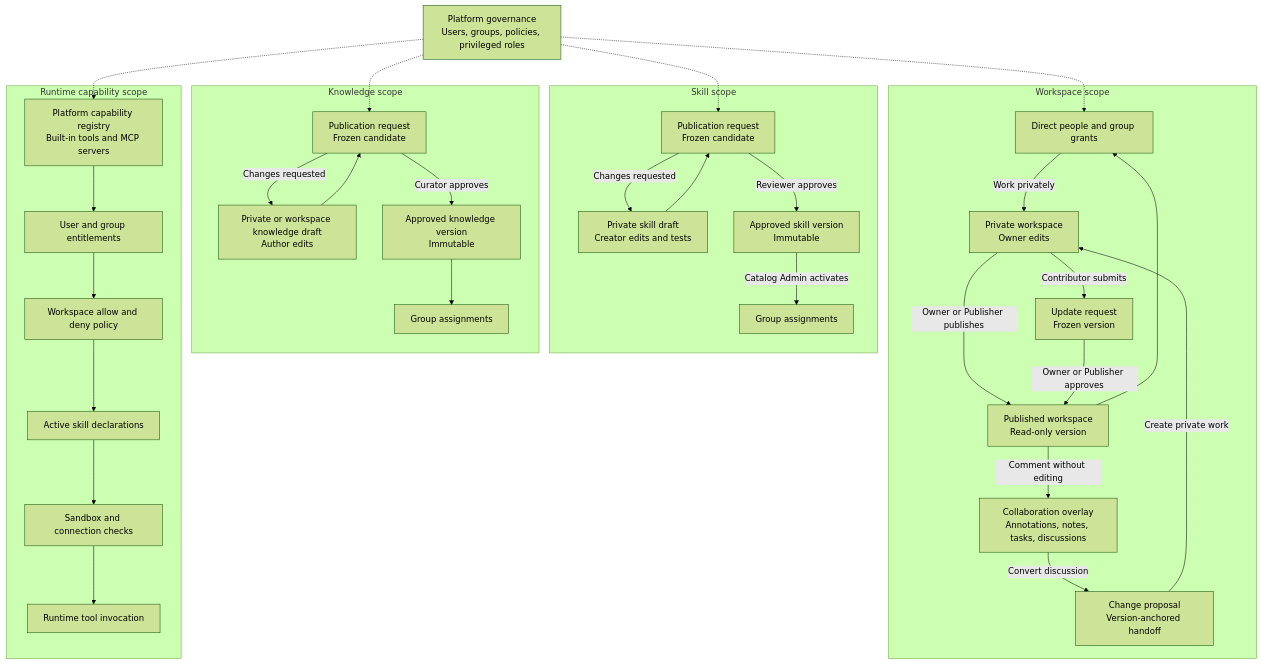
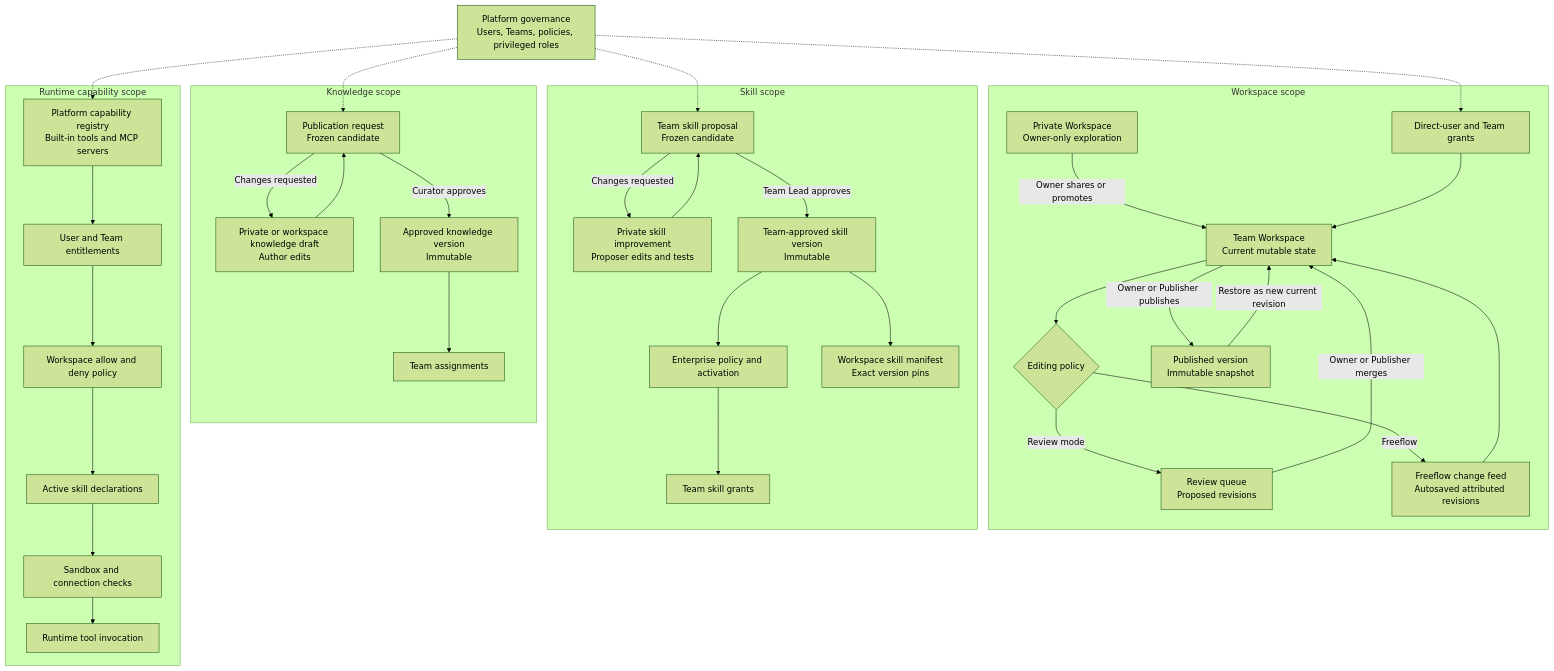
Before and after one commit to plc1220/HelpUDoc: the first of 6 diagrams in docs/unified-governance-and-role-model-spec.md, drawn with Mermaid (forest theme). The commit also changed other lines of this file and 9 other files, not shown here.

Commit message:
feat(governance): align team permissions and workspace flows

````diff
--- a/docs/unified-governance-and-role-model-spec.md
+++ b/docs/unified-governance-and-role-model-spec.md
@@ -150,66 +174,72 @@
 ```mermaid
 flowchart TB
-    PA["Platform governance<br/>Users, groups, policies, privileged roles"]
+    PA["Platform governance<br/>Users, Teams, policies, privileged roles"]
 
     subgraph W["Workspace scope"]
-        WD["Private workspace<br/>Owner edits"]
-        WR["Update request<br/>Frozen version"]
-        WP["Published workspace<br/>Read-only version"]
-        WC["Collaboration overlay<br/>Annotations, notes, tasks, discussions"]
-        CP["Change proposal<br/>Version-anchored handoff"]
-        WG["Direct people and group grants"]
+        PW["Private Workspace<br/>Owner-only exploration"]
+        TW["Team Workspace<br/>Current mutable state"]
+        EP{"Editing policy"}
+        RQ["Review queue<br/>Proposed revisions"]
+        CF["Freeflow change feed<br/>Autosaved attributed revisions"]
+        PV["Published version<br/>Immutable snapshot"]
+        WA["Direct-user and Team grants"]
 
-        WD -->|"Owner or Publisher publishes"| WP
-        WD -->|"Contributor submits"| WR
-        WR -->|"Owner or Publisher approves"| WP
-        WP -->|"Comment without editing"| WC
-        WC -->|"Convert discussion"| CP
-        CP -->|"Create private work"| WD
-        WP --> WG
-        WG -->|"Work privately"| WD
+        PW -->|"Owner shares or promotes"| TW
+        TW --> EP
+        EP -->|"Review mode"| RQ
+        RQ -->|"Owner or Publisher merges"| TW
+        EP -->|"Freeflow"| CF
+        CF --> TW
+        TW -->|"Owner or Publisher publishes"| PV
+        PV -->|"Restore as new current revision"| TW
+        WA --> TW
     end
 
     subgraph S["Skill scope"]
-        SD["Private skill draft<br/>Creator edits and tests"]
-        SR["Publication request<br/>Frozen candidate"]
-        SV["Approved skill version<br/>Immutable"]
-        SG["Group assignments"]
+        SD["Private skill improvement<br/>Proposer edits and tests"]
+        SR["Team skill proposal<br/>Frozen candidate"]
+        SV["Team-approved skill version<br/>Immutable"]
+        EA["Enterprise policy and activation"]
+        ST["Team skill grants"]
+        WM["Workspace skill manifest<br/>Exact version pins"]
 
         SD --> SR
-        SR -->|"Reviewer approves"| SV
+        SR -->|"Team Lead approves"| SV
         SR -->|"Changes requested"| SD
-        SV -->|"Catalog Admin activates"| SG
+        SV --> EA
+        EA --> ST
+        SV --> WM
     end
 
     subgraph K["Knowledge scope"]
         KD["Private or workspace knowledge draft<br/>Author edits"]
         KR["Publication request<br/>Frozen candidate"]
         KV["Approved knowledge version<br/>Immutable"]
-        KG["Group assignments"]
+        KG["Team assignments"]
 
         KD --> KR
         KR -->|"Curator approves"| KV
         KR -->|"Changes requested"| KD
         KV --> KG
     end
 
     subgraph R["Runtime capability scope"]
         RC["Platform capability registry<br/>Built-in tools and MCP servers"]
-        RE["User and group entitlements"]
+        RE["User and Team entitlements"]
         RW["Workspace allow and deny policy"]
         RS["Active skill declarations"]
         RX["Sandbox and connection checks"]
         RT["Runtime tool invocation"]
 
         RC --> RE
         RE --> RW
         RW --> RS
         RS --> RX
         RX --> RT
     end
 
-    PA -.-> WG
+    PA -.-> WA
     PA -.-> SR
     PA -.-> KR
     PA -.-> RC
 ```
````
